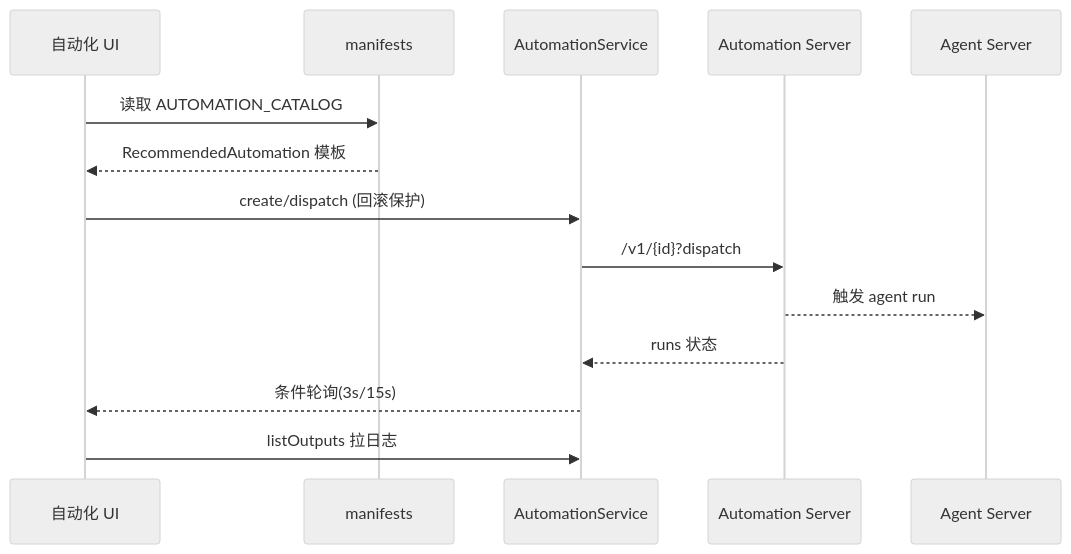
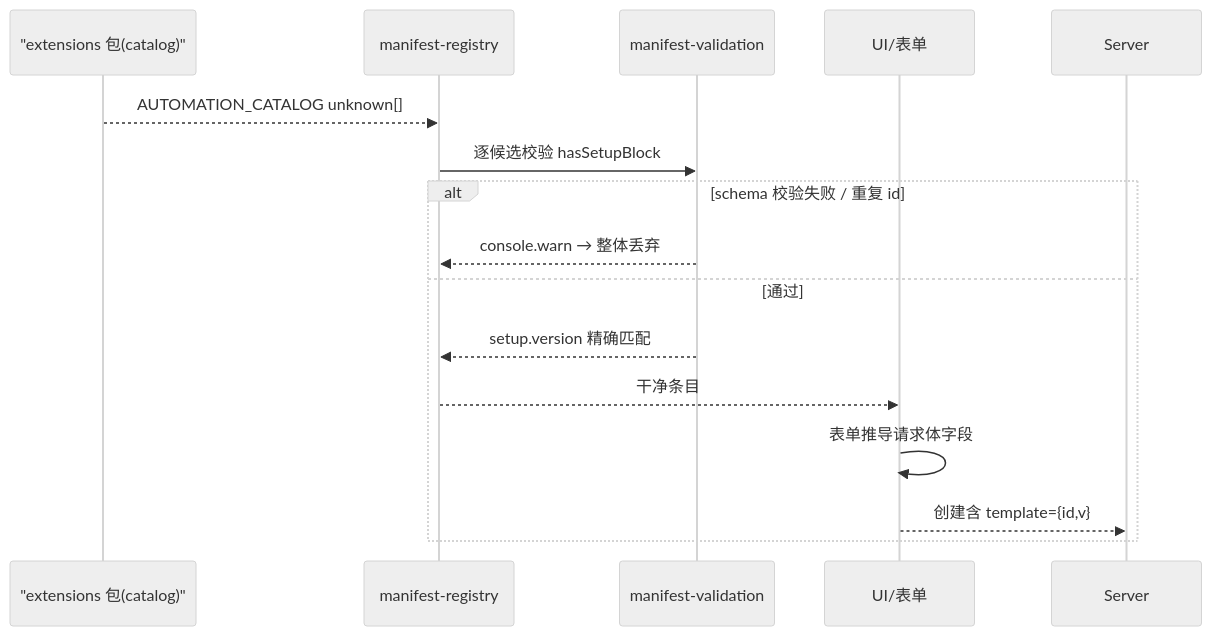
The first of 2 diagrams in ai-agent/openhands/automations.md (morehao/oss-insights), drawn with Mermaid (neutral theme) before and after one commit. The commit also changed other lines of this file and 9 other files, not shown here.

````diff
--- a/ai-agent/openhands/automations.md
+++ b/ai-agent/openhands/automations.md
@@ -112,16 +26,17 @@
 ```mermaid
 sequenceDiagram
-    participant UI as 自动化 UI
-    participant Man as manifests
-    participant Svc as AutomationService
-    participant SRV as Automation Server
-    participant Agent as Agent Server
-    UI->>Man: 读取 AUTOMATION_CATALOG
-    Man-->>UI: RecommendedAutomation 模板
-    UI->>Svc: create/dispatch (回滚保护)
-    Svc->>SRV: /v1/{id}?dispatch
-    SRV-->>Agent: 触发 agent run
-    SRV-->>Svc: runs 状态
-    Svc-->>UI: 条件轮询(3s/15s)
-    UI->>Svc: listOutputs 拉日志
+    participant Ext as "extensions 包(catalog)"
+    participant Reg as manifest-registry
+    participant Val as manifest-validation
+    participant U as UI/表单
+    Ext-->>Reg: AUTOMATION_CATALOG unknown[]
+    Reg->>Val: 逐候选校验 hasSetupBlock
+    alt schema 校验失败 / 重复 id
+        Val-->>Reg: console.warn → 整体丢弃
+    else 通过
+        Val-->>Reg: setup.version 精确匹配
+        Reg-->>U: 干净条目
+        U->>U: 表单推导请求体字段
+        U-->>Server: 创建含 template={id,v}
+    end
 ```
````
